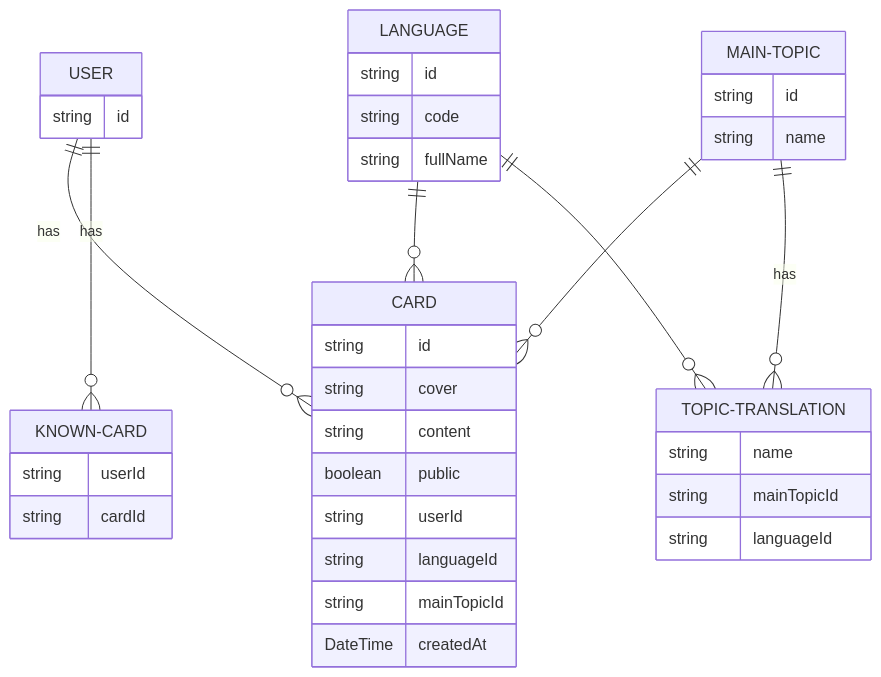
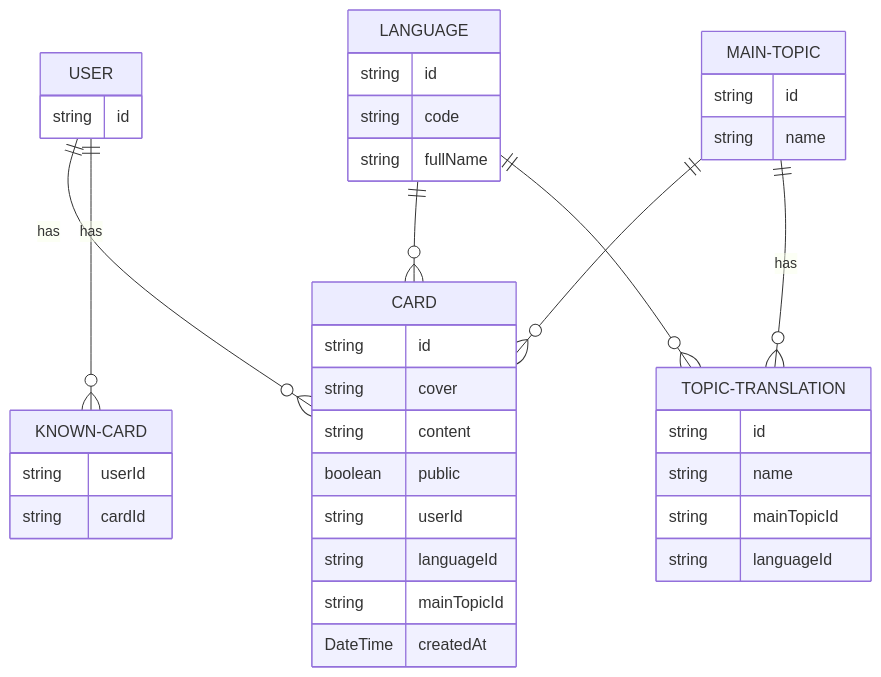
The diagram in README.md (Al-Ghoul/CS-FlashCards), drawn with Mermaid before and after one commit. The commit also changed 29 other files, not shown here.

````diff
--- a/README.md
+++ b/README.md
@@ -65,46 +65,47 @@
 ```mermaid
 erDiagram
 USER ||--o{ CARD : has
 LANGUAGE ||--o{ CARD : ""
 MAIN-TOPIC ||--o{ CARD : ""
 LANGUAGE ||--o{ TOPIC-TRANSLATION : ""
 MAIN-TOPIC ||--o{ TOPIC-TRANSLATION : has
 USER ||--o{ KNOWN-CARD : has
 
 CARD {
 	string id
 	string cover
 	string content
 	boolean public
 	string userId
 	string languageId
 	string mainTopicId
 	DateTime createdAt
 }
 
 USER {
 	string id
 }
 
 LANGUAGE {
 	string id
 	string code
 	string fullName
 }
 
 MAIN-TOPIC {
 	string id
 	string name
 }
 
 TOPIC-TRANSLATION {
+	string id
 	string name
 	string mainTopicId
 	string languageId
 }
 
 KNOWN-CARD {
 	string userId
 	string cardId
 }
 ```
````
